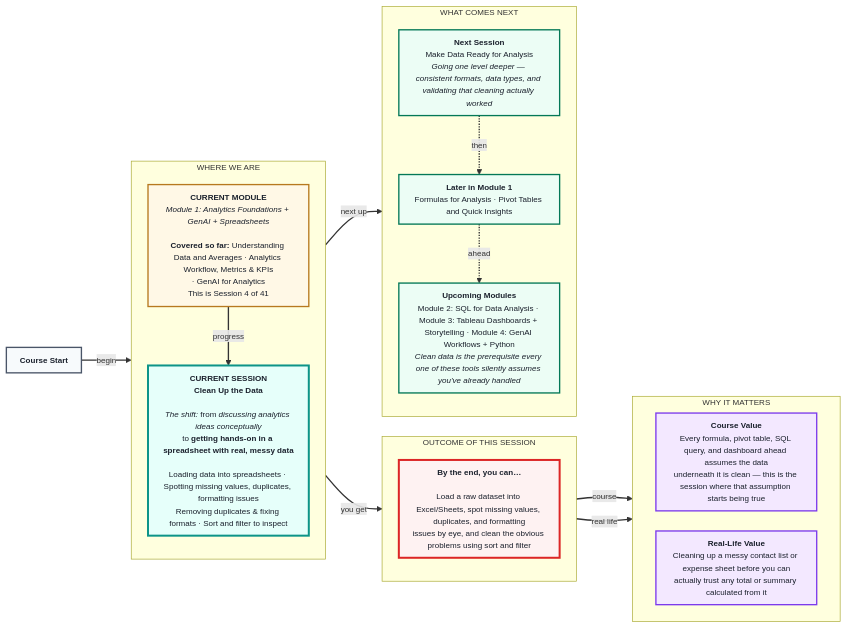
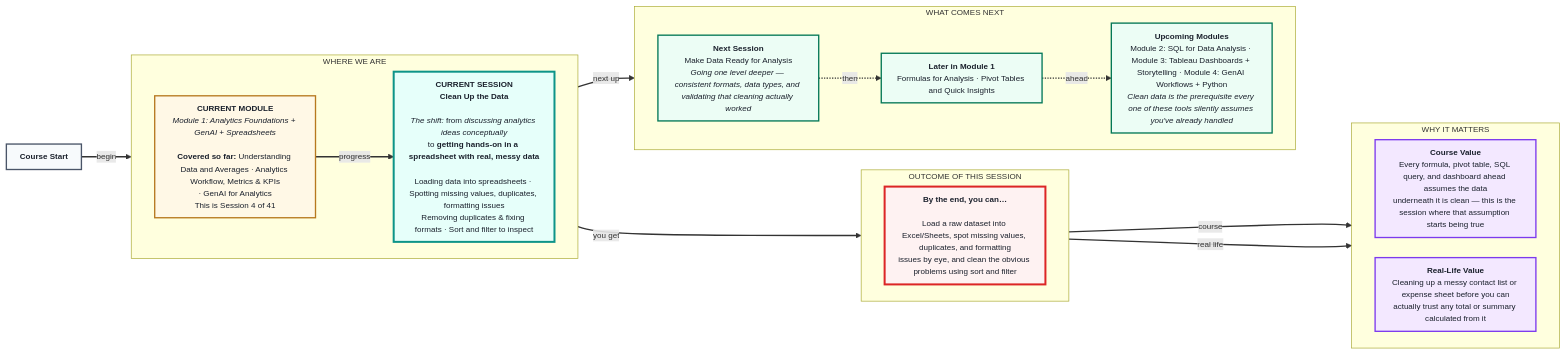
One commit to ritzrmx/Masai_Curriculum changed the first of 2 diagrams in IITP_AIML_Regional/IITP-GenAI-TA-I2606 & IITP-GenAI-TE-I-2608/Module-1/2.1 Clean Up the Data/pre-read - Clean Up the Data.md. Above: the diagram before and after it, drawn with Mermaid. The commit also changed 87 other files, not shown here.

````diff
--- a/IITP_AIML_Regional/IITP-GenAI-TA-I2606 & IITP-GenAI-TE-I-2608/Module-1/2.1 Clean Up the Data/pre-read - Clean Up the Data.md
+++ b/IITP_AIML_Regional/IITP-GenAI-TA-I2606 & IITP-GenAI-TE-I-2608/Module-1/2.1 Clean Up the Data/pre-read - Clean Up the Data.md
@@ -7,55 +7,55 @@
 ```mermaid
 %%{init: {'theme': 'default', 'themeVariables': { 'fontSize': '12px', 'fontFamily': 'sans-serif' }, 'flowchart': {'htmlLabels': true, 'useMaxWidth': false, 'nodeSpacing': 30, 'rankSpacing': 45, 'padding': 10}}}%%
 flowchart LR
 
 START["<b>Course Start</b>"]
 
 subgraph foundation[" WHERE WE ARE "]
-direction TB
+direction LR
     CURMOD["<b>CURRENT MODULE</b><br/><i>Module 1: Analytics Foundations + GenAI + Spreadsheets</i><br/>&nbsp;<br/><b>Covered so far:</b> Understanding Data and Averages · Analytics Workflow, Metrics & KPIs<br/>· GenAI for Analytics<br/>This is Session 4 of 41"]
     CURSES["<b>CURRENT SESSION</b><br/><b>Clean Up the Data</b><br/>&nbsp;<br/><i>The shift:</i> from <i>discussing analytics ideas conceptually</i><br/>to <b>getting hands-on in a spreadsheet with real, messy data</b><br/>&nbsp;<br/>Loading data into spreadsheets · Spotting missing values, duplicates, formatting issues<br/>Removing duplicates & fixing formats · Sort and filter to inspect"]
 end
 
 subgraph outcome[" OUTCOME OF THIS SESSION "]
-direction TB
+direction LR
     OUT["<b>By the end, you can…</b><br/>&nbsp;<br/>Load a raw dataset into Excel/Sheets, spot missing values, duplicates, and formatting<br/>issues by eye, and clean the obvious problems using sort and filter"]
 end
 
 subgraph value[" WHY IT MATTERS "]
 direction LR
     CVAL["<b>Course Value</b><br/>Every formula, pivot table, SQL query, and dashboard ahead assumes the data<br/>underneath it is clean — this is the session where that assumption starts being true"]
     RVAL["<b>Real-Life Value</b><br/>Cleaning up a messy contact list or expense sheet before you can<br/>actually trust any total or summary calculated from it"]
 end
 
 subgraph future[" WHAT COMES NEXT "]
-direction TB
+direction LR
     U0["<b>Next Session</b><br/>Make Data Ready for Analysis<br/><i>Going one level deeper — consistent formats, data types, and validating that cleaning actually worked</i>"]
     U1["<b>Later in Module 1</b><br/>Formulas for Analysis · Pivot Tables and Quick Insights"]
     U2["<b>Upcoming Modules</b><br/>Module 2: SQL for Data Analysis · Module 3: Tableau Dashboards + Storytelling · Module 4: GenAI Workflows + Python<br/><i>Clean data is the prerequisite every one of these tools silently assumes you've already handled</i>"]
 end
 
 START ==>|" begin "| CURMOD
 CURMOD ==>|" progress "| CURSES
 CURSES ==>|" you get "| OUT
 OUT ==>|" course "| CVAL
 OUT ==>|" real life "| RVAL
 CURSES ==>|" next up "| U0
 U0 -.->|" then "| U1
 U1 -.->|" ahead "| U2
 
 classDef startBox fill:#F7FAFC,stroke:#4A5568,stroke-width:2px,color:#1A202C
 classDef curModBox fill:#FFF8E6,stroke:#B7791F,stroke-width:2px,color:#1A202C
 classDef curSessBox fill:#E6FFFA,stroke:#0D9488,stroke-width:3px,color:#1A202C
 classDef outBox fill:#FEF2F2,stroke:#DC2626,stroke-width:3px,color:#1A202C
 classDef valueBox fill:#F3E8FF,stroke:#7C3AED,stroke-width:2px,color:#1A202C
 classDef futureBox fill:#ECFDF5,stroke:#047857,stroke-width:2px,color:#1A202C
 
 class START startBox
 class CURMOD curModBox
 class CURSES curSessBox
 class OUT outBox
 class CVAL,RVAL valueBox
 class U0,U1,U2 futureBox
 
 linkStyle default stroke-width:2px
 ```
````
